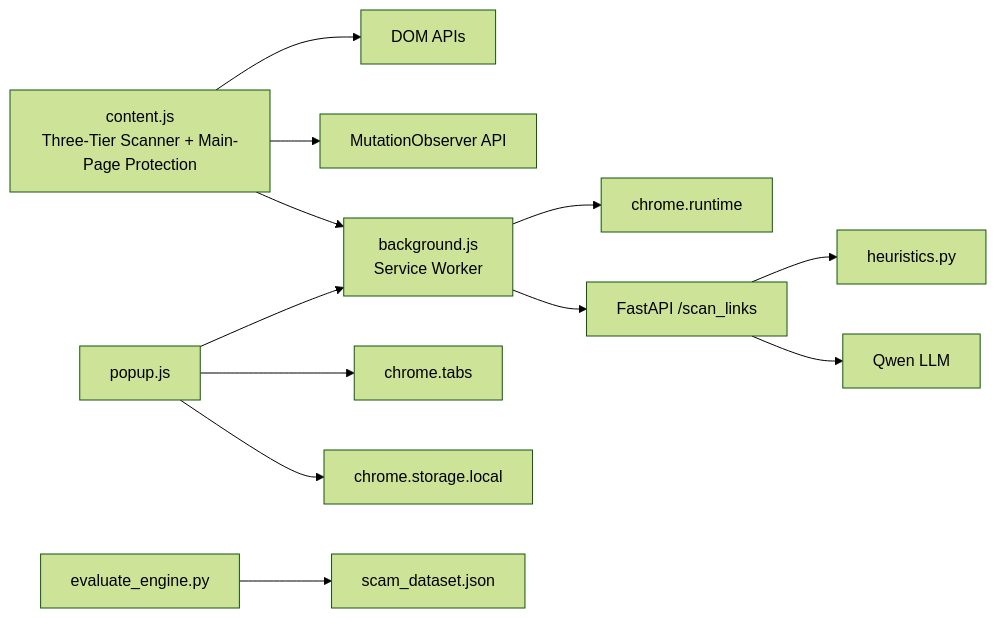
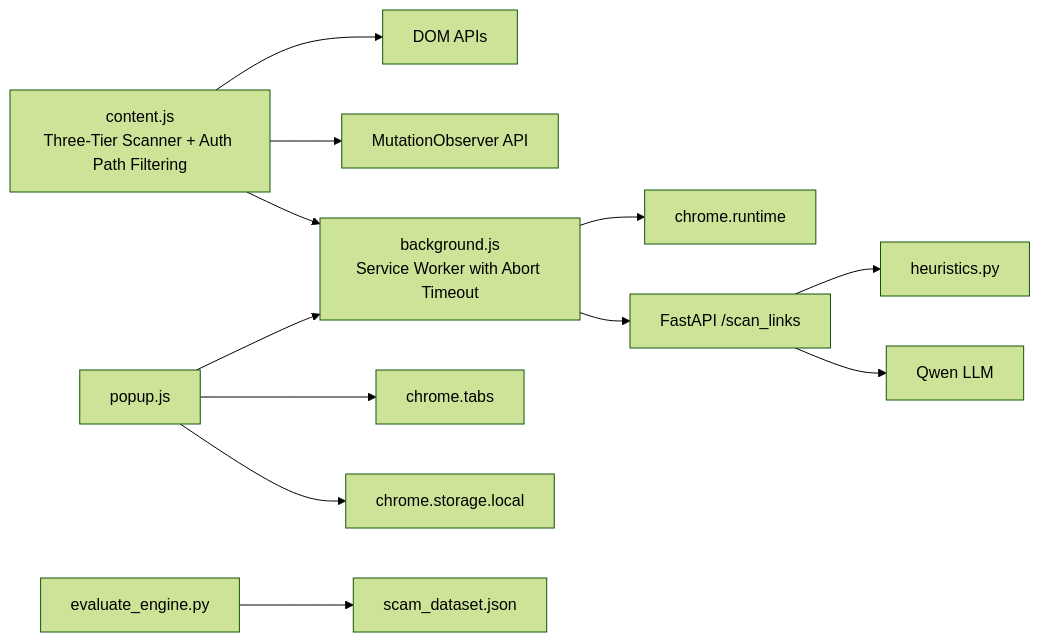
Before and after one commit to Aymanaahh/scrollguard-ai: the seventh of 7 diagrams in .qoder/repowiki/en/content/Chrome Extension Development.md, drawn with Mermaid (forest theme). The commit also changed other lines of this file and 33 other files, not shown here.

````diff
--- a/.qoder/repowiki/en/content/Chrome Extension Development.md
+++ b/.qoder/repowiki/en/content/Chrome Extension Development.md
@@ -481,14 +518,14 @@
 ```mermaid
 graph LR
-ContentScript["content.js<br/>Three-Tier Scanner + Main-Page Protection"] --> BrowserDOM["DOM APIs"]
+ContentScript["content.js<br/>Three-Tier Scanner + Auth Path Filtering"] --> BrowserDOM["DOM APIs"]
 ContentScript --> MutationObserver["MutationObserver API"]
-ContentScript --> Background["background.js<br/>Service Worker"]
+ContentScript --> Background["background.js<br/>Service Worker with Abort Timeout"]
 Background --> ChromeRuntime["chrome.runtime"]
 Background --> Backend["FastAPI /scan_links"]
 Popup["popup.js"] --> ChromeTabs["chrome.tabs"]
 Popup --> Background
 Popup --> Storage["chrome.storage.local"]
 Backend --> Heuristics["heuristics.py"]
 Backend --> LLM["Qwen LLM"]
 Eval["evaluate_engine.py"] --> Dataset["scam_dataset.json"]
 ```
````
